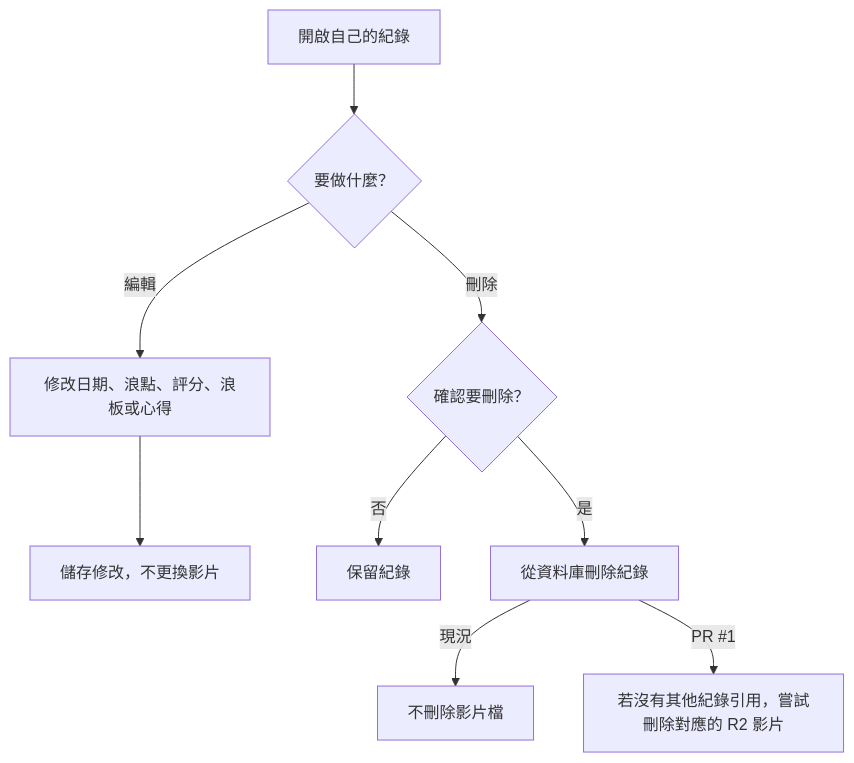
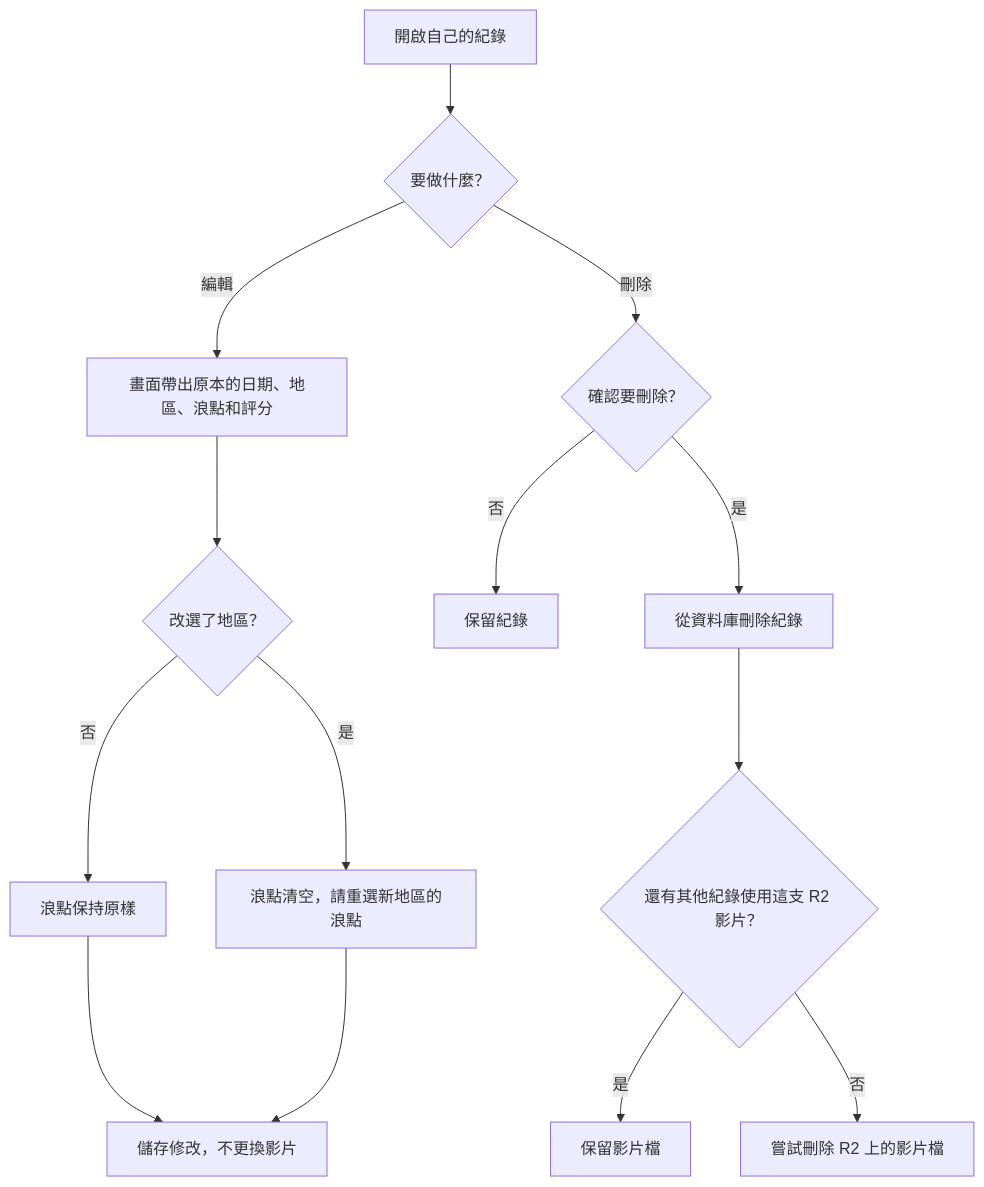
The fifth of 6 diagrams in docs/flows.md (ChristingChang/waveshare), drawn with Mermaid before and after one commit. The commit also changed other lines of this file and 4 other files, not shown here.

````diff
--- a/docs/flows.md
+++ b/docs/flows.md
@@ -90,11 +72,16 @@
 ```mermaid
 flowchart TD
     A["開啟自己的紀錄"] --> B{"要做什麼？"}
-    B -->|編輯| C["修改日期、浪點、評分、浪板或心得"]
-    C --> D["儲存修改，不更換影片"]
+    B -->|編輯| C["畫面帶出原本的日期、地區、浪點和評分"]
+    C --> C2{"改選了地區？"}
+    C2 -->|否| C3["浪點保持原樣"]
+    C2 -->|是| C4["浪點清空，請重選新地區的浪點"]
+    C3 --> D["儲存修改，不更換影片"]
+    C4 --> D
     B -->|刪除| E{"確認要刪除？"}
     E -->|否| F["保留紀錄"]
     E -->|是| G["從資料庫刪除紀錄"]
-    G -->|現況| H["不刪除影片檔"]
-    G -->|PR #1| I["若沒有其他紀錄引用，嘗試刪除對應的 R2 影片"]
+    G --> I{"還有其他紀錄使用這支 R2 影片？"}
+    I -->|是| J["保留影片檔"]
+    I -->|否| K["嘗試刪除 R2 上的影片檔"]
 ```
````
